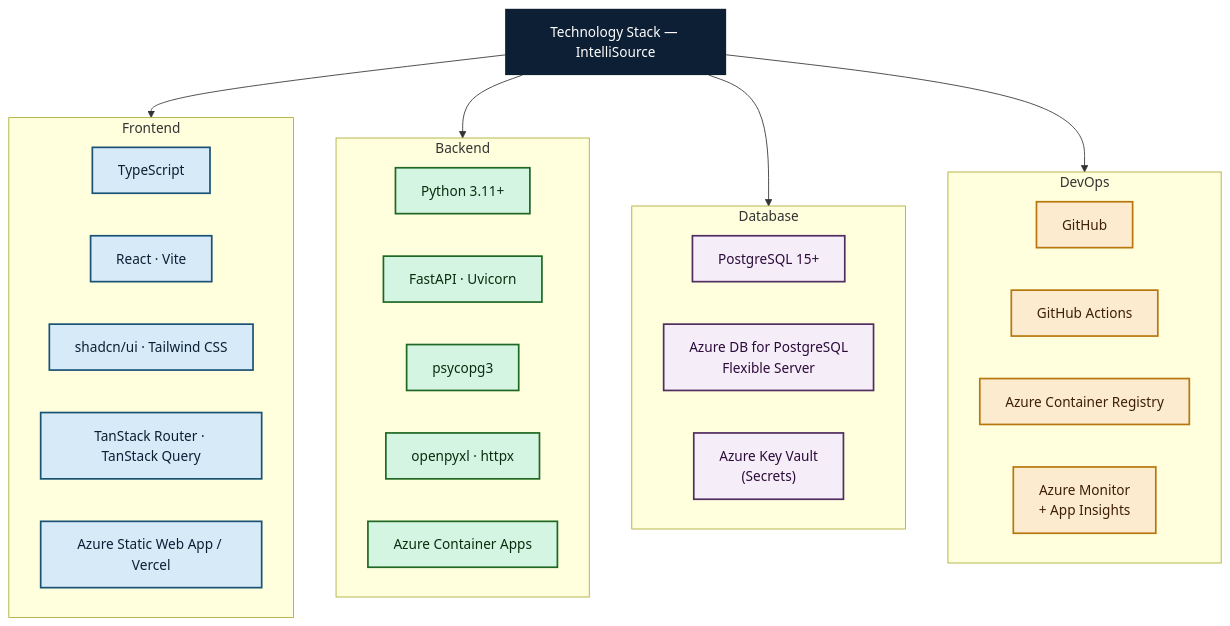
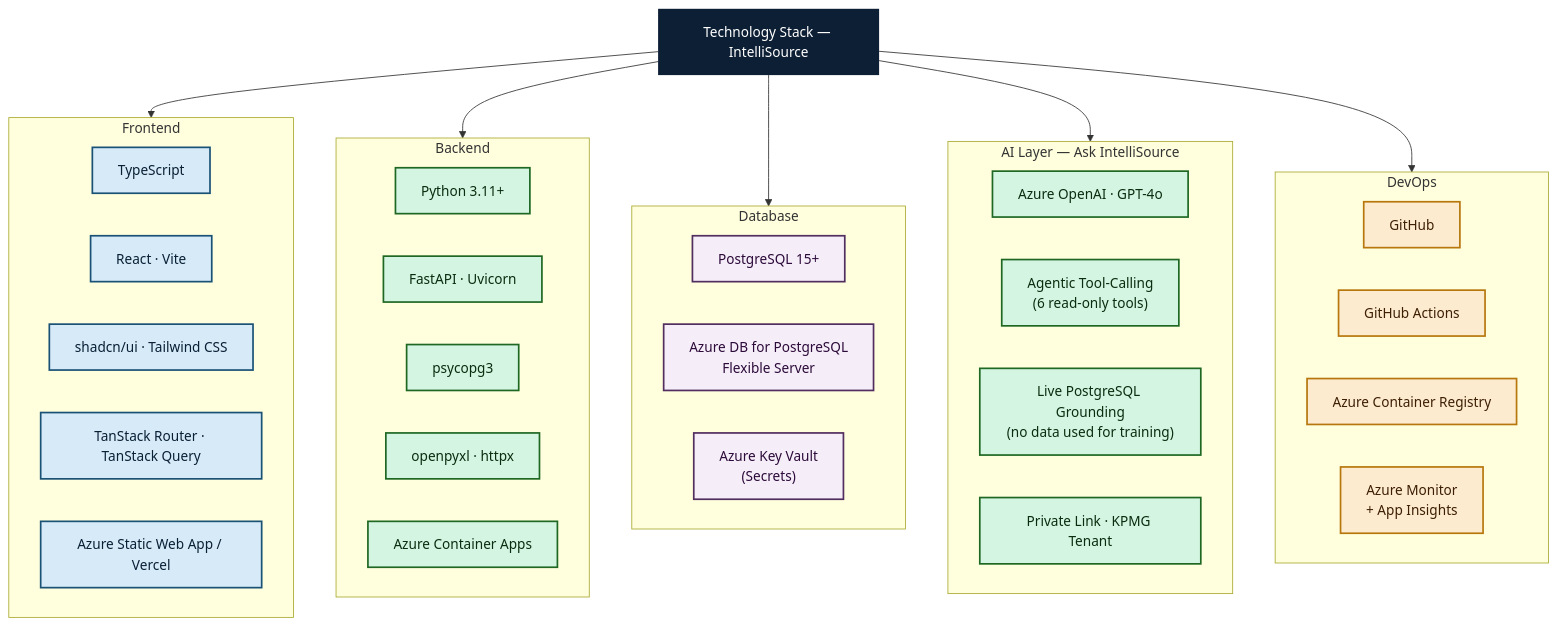
The diagram in ARB/D06_AppArch_TechnologyStack.mmd (satyam-raj404/kpmg-intelliflow), drawn with Mermaid before and after one commit. The commit also changed 14 other files, not shown here.

First line of the commit message:
docs: AI-based ARB + Ask IntelliSource harness plan

```diff
--- a/ARB/D06_AppArch_TechnologyStack.mmd
+++ b/ARB/D06_AppArch_TechnologyStack.mmd
@@ -1,48 +1,57 @@
 flowchart TD
     classDef hdrStyle fill:#0D1F35,stroke:#0D1F35,color:#FFFFFF,stroke-width:0px
     classDef feStyle  fill:#D6EAF8,stroke:#1A5276,color:#0A2035,stroke-width:2px
     classDef beStyle  fill:#D5F5E3,stroke:#1E6823,color:#0A2D0F,stroke-width:2px
     classDef dbStyle  fill:#F5EEF8,stroke:#512E5F,color:#2C0A3A,stroke-width:2px
     classDef devStyle fill:#FDEBD0,stroke:#B7770D,color:#3D1F03,stroke-width:2px
 
     HDR["Technology Stack — IntelliSource"]
 
     subgraph COL_FE["Frontend"]
         FE_L["TypeScript"]
         FE_F["React · Vite"]
         FE_U["shadcn/ui · Tailwind CSS"]
         FE_S["TanStack Router · TanStack Query"]
         FE_H["Azure Static Web App / Vercel"]
     end
 
     subgraph COL_BE["Backend"]
         BE_L["Python 3.11+"]
         BE_F["FastAPI · Uvicorn"]
         BE_D["psycopg3"]
         BE_L2["openpyxl · httpx"]
         BE_H["Azure Container Apps"]
     end
 
     subgraph COL_DB["Database"]
         DB_A["PostgreSQL 15+"]
         DB_H["Azure DB for PostgreSQL\nFlexible Server"]
         DB_S["Azure Key Vault\n(Secrets)"]
     end
 
+    subgraph COL_AI["AI Layer — Ask IntelliSource"]
+        AI_M["Azure OpenAI · GPT-4o"]
+        AI_P["Agentic Tool-Calling\n(6 read-only tools)"]
+        AI_G["Live PostgreSQL Grounding\n(no data used for training)"]
+        AI_S2["Private Link · KPMG Tenant"]
+    end
+
     subgraph COL_DEV["DevOps"]
         DEV_S["GitHub"]
         DEV_C["GitHub Actions"]
         DEV_R["Azure Container Registry"]
         DEV_M["Azure Monitor\n+ App Insights"]
     end
 
     HDR --> COL_FE
     HDR --> COL_BE
     HDR --> COL_DB
+    HDR --> COL_AI
     HDR --> COL_DEV
 
     class HDR hdrStyle
     class FE_L,FE_F,FE_U,FE_S,FE_H feStyle
     class BE_L,BE_F,BE_D,BE_L2,BE_H beStyle
     class DB_A,DB_H,DB_S dbStyle
+    class AI_M,AI_P,AI_G,AI_S2 beStyle
     class DEV_S,DEV_C,DEV_R,DEV_M devStyle
```
